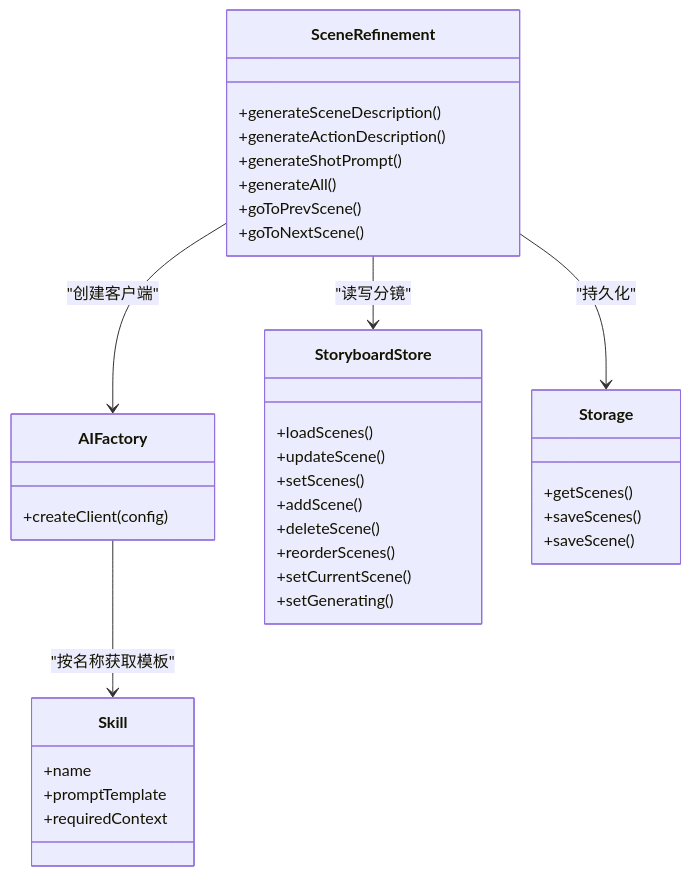
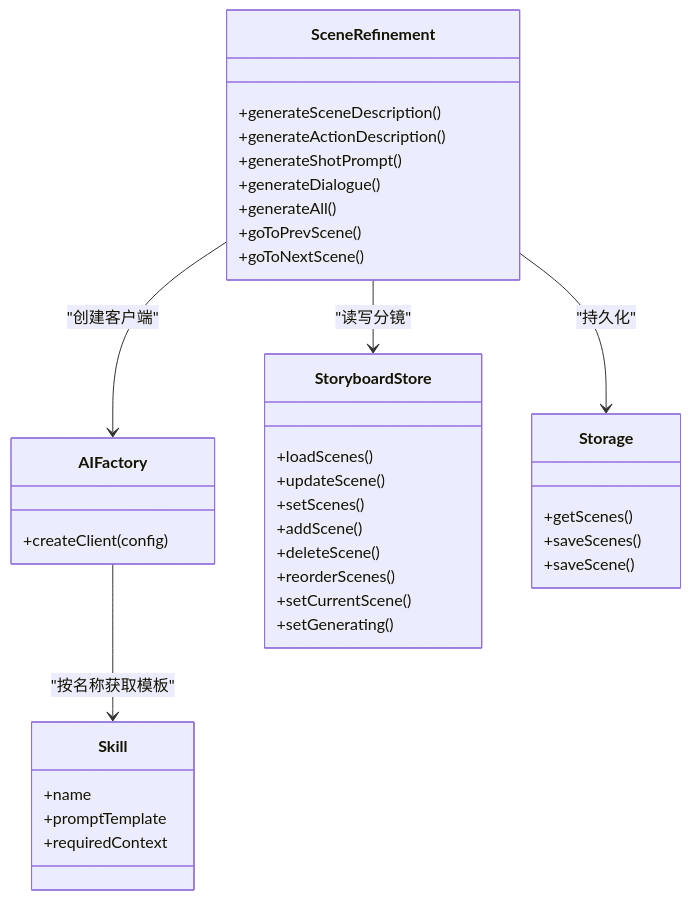
One commit to leonaiuv/aixsss changed the fourth of 4 diagrams in .qoder/repowiki/zh/content/技术架构/组件架构/核心组件/编辑器工作流/分镜细化.md. Above: the diagram before and after it, drawn with Mermaid. The commit also changed other lines of this file and 5 other files, not shown here.

````diff
--- a/.qoder/repowiki/zh/content/技术架构/组件架构/核心组件/编辑器工作流/分镜细化.md
+++ b/.qoder/repowiki/zh/content/技术架构/组件架构/核心组件/编辑器工作流/分镜细化.md
@@ -227,38 +245,39 @@
 ```mermaid
 classDiagram
 class SceneRefinement {
 +generateSceneDescription()
 +generateActionDescription()
 +generateShotPrompt()
++generateDialogue()
 +generateAll()
 +goToPrevScene()
 +goToNextScene()
 }
 class AIFactory {
 +createClient(config)
 }
 class Skill {
 +name
 +promptTemplate
 +requiredContext
 }
 class StoryboardStore {
 +loadScenes()
 +updateScene()
 +setScenes()
 +addScene()
 +deleteScene()
 +reorderScenes()
 +setCurrentScene()
 +setGenerating()
 }
 class Storage {
 +getScenes()
 +saveScenes()
 +saveScene()
 }
 SceneRefinement --> AIFactory : "创建客户端"
 SceneRefinement --> StoryboardStore : "读写分镜"
 SceneRefinement --> Storage : "持久化"
 AIFactory --> Skill : "按名称获取模板"
 ```
````
